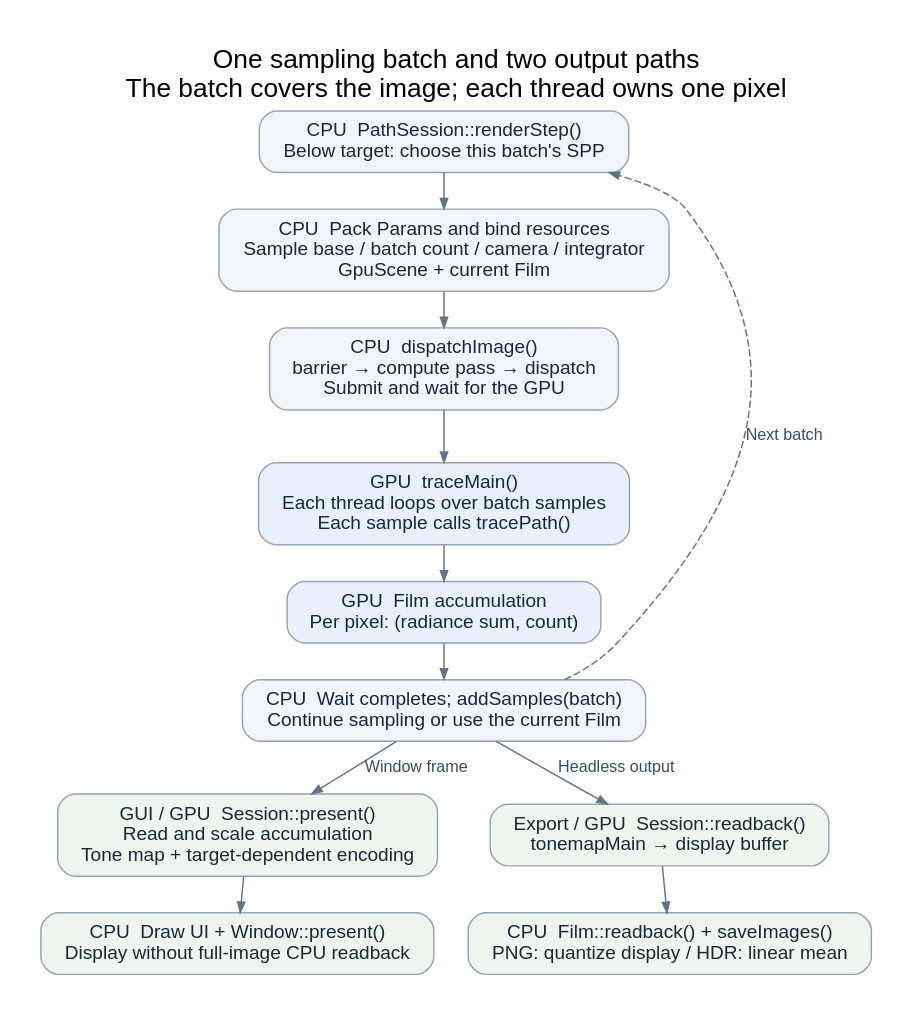
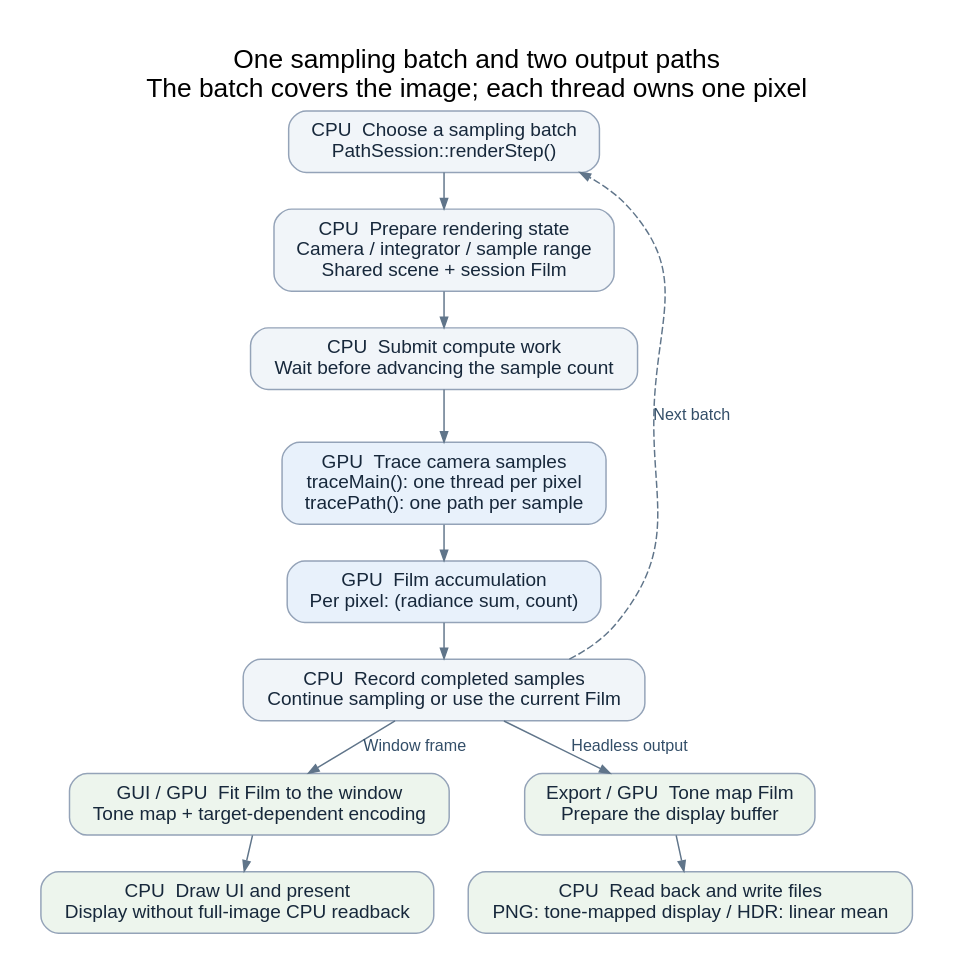
One commit to ippqw5/snr changed the diagram in docs/diagrams/sample-batch.dot. Above: the diagram before and after it, drawn with Graphviz. The commit also changed 12 other files, not shown here.

Commit message:
docs: simplify guidelines and focus references on architecture

```diff
--- a/docs/diagrams/sample-batch.dot
+++ b/docs/diagrams/sample-batch.dot
@@ -1,25 +1,25 @@
 digraph sample_batch {
   graph [rankdir=TB, bgcolor="#ffffff", pad=0.28, nodesep=0.32, ranksep=0.34,
          fontname="Arial", fontsize=18, labelloc=t,
          label="One sampling batch and two output paths\nThe batch covers the image; each thread owns one pixel"];
   node [shape=box, style="rounded,filled", fillcolor="#f1f5f9", color="#94a3b8",
         fontcolor="#17283b", fontname="Arial", fontsize=13, margin="0.16,0.10"];
   edge [color="#60758a", fontcolor="#334e68", fontname="Arial", fontsize=11, arrowsize=0.7];
-  step [label="CPU  PathSession::renderStep()\nBelow target: choose this batch's SPP"];
-  params [label="CPU  Pack Params and bind resources\nSample base / batch count / camera / integrator\nGpuScene + current Film"];
-  dispatch [label="CPU  dispatchImage()\nbarrier → compute pass → dispatch\nSubmit and wait for the GPU"];
-  trace [label="GPU  traceMain()\nEach thread loops over batch samples\nEach sample calls tracePath()", fillcolor="#e8f1fb"];
+  step [label="CPU  Choose a sampling batch\nPathSession::renderStep()"];
+  params [label="CPU  Prepare rendering state\nCamera / integrator / sample range\nShared scene + session Film"];
+  dispatch [label="CPU  Submit compute work\nWait before advancing the sample count"];
+  trace [label="GPU  Trace camera samples\ntraceMain(): one thread per pixel\ntracePath(): one path per sample", fillcolor="#e8f1fb"];
   film [label="GPU  Film accumulation\nPer pixel: (radiance sum, count)", fillcolor="#e8f1fb"];
-  count [label="CPU  Wait completes; addSamples(batch)\nContinue sampling or use the current Film"];
-  window [label="GUI / GPU  Session::present()\nRead and scale accumulation\nTone map + target-dependent encoding", fillcolor="#edf5ed"];
-  export [label="Export / GPU  Session::readback()\ntonemapMain → display buffer", fillcolor="#edf5ed"];
-  screen [label="CPU  Draw UI + Window::present()\nDisplay without full-image CPU readback", fillcolor="#edf5ed"];
-  files [label="CPU  Film::readback() + saveImages()\nPNG: quantize display / HDR: linear mean", fillcolor="#edf5ed"];
+  count [label="CPU  Record completed samples\nContinue sampling or use the current Film"];
+  window [label="GUI / GPU  Fit Film to the window\nTone map + target-dependent encoding", fillcolor="#edf5ed"];
+  export [label="Export / GPU  Tone map Film\nPrepare the display buffer", fillcolor="#edf5ed"];
+  screen [label="CPU  Draw UI and present\nDisplay without full-image CPU readback", fillcolor="#edf5ed"];
+  files [label="CPU  Read back and write files\nPNG: tone-mapped display / HDR: linear mean", fillcolor="#edf5ed"];
   step -> params -> dispatch -> trace -> film -> count;
   count -> step [style=dashed, label="Next batch", constraint=false];
   count -> window [label="Window frame"];
   count -> export [label="Headless output"];
   {rank=same; window; export;}
   window -> screen;
   export -> files;
 }
```
